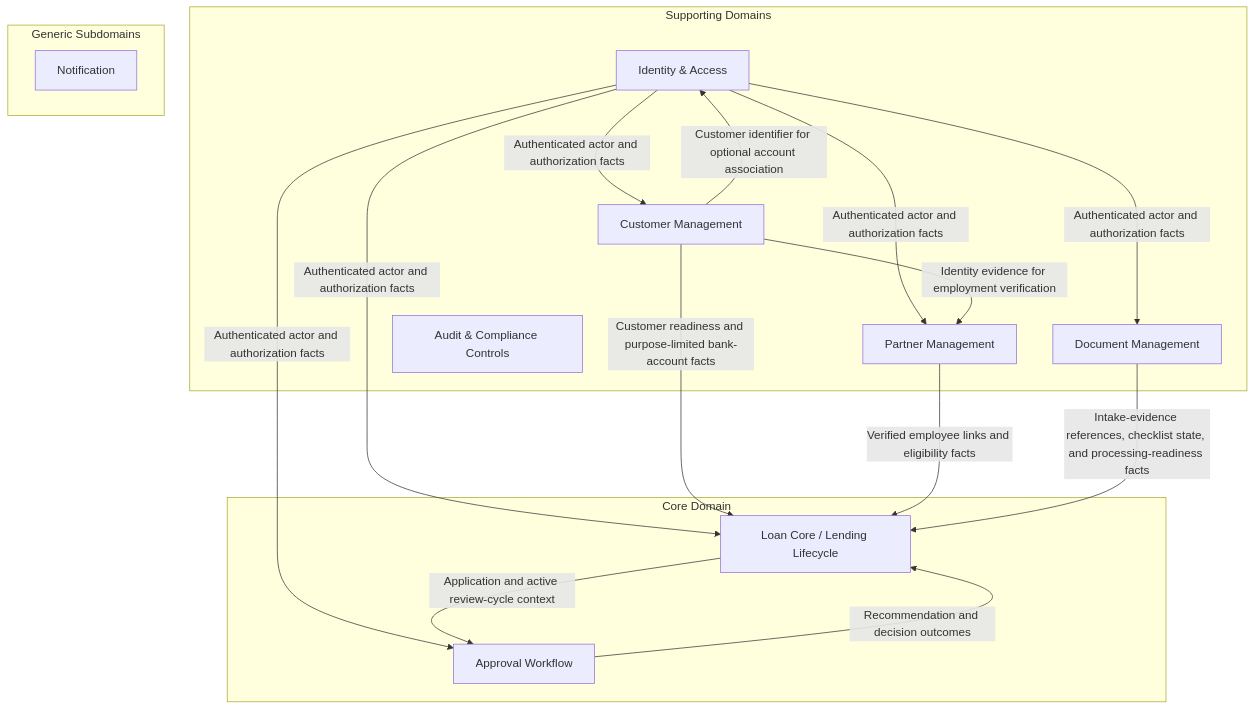
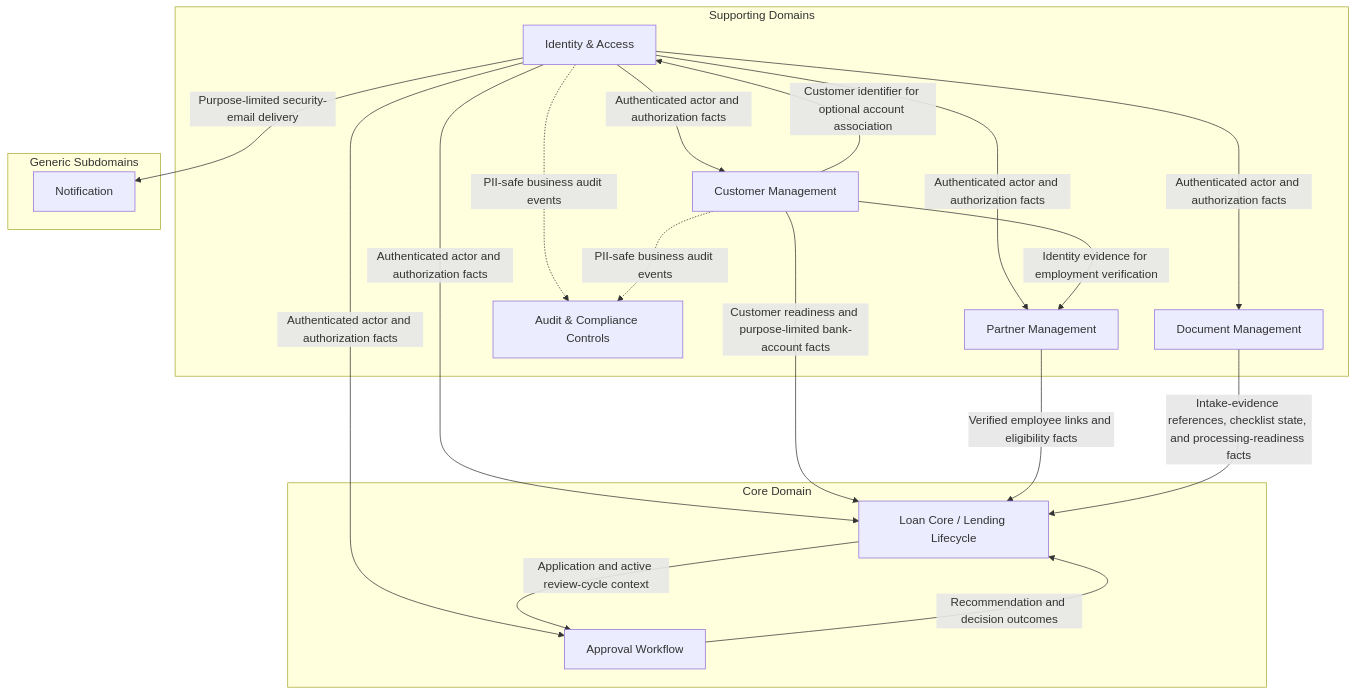
One commit to dongduy-dev/meridian-finance changed the diagram in docs/architecture/MER-ARCH-001-bounded-contexts.md. Above: the diagram before and after it, drawn with Mermaid. The commit also changed other lines of this file, not shown here.

Commit message:
docs(architecture): clarify context-map notification and audit flows (#187)

````diff
--- a/docs/architecture/MER-ARCH-001-bounded-contexts.md
+++ b/docs/architecture/MER-ARCH-001-bounded-contexts.md
@@ -17,35 +17,39 @@
 ```mermaid
 graph TB
     subgraph Core["Core Domain"]
         LOAN["Loan Core / Lending Lifecycle"]
         APPROVAL["Approval Workflow"]
     end
 
     subgraph Supporting["Supporting Domains"]
         IAM["Identity & Access"]
         CUSTOMER["Customer Management"]
         PARTNER["Partner Management"]
         DOC["Document Management"]
         AUDIT["Audit & Compliance Controls"]
     end
 
     subgraph Generic["Generic Subdomains"]
         NOTIF["Notification"]
     end
 
     CUSTOMER -->|Customer identifier for optional account association| IAM
 
     IAM -->|Authenticated actor and authorization facts| LOAN
     IAM -->|Authenticated actor and authorization facts| APPROVAL
     IAM -->|Authenticated actor and authorization facts| CUSTOMER
     IAM -->|Authenticated actor and authorization facts| PARTNER
     IAM -->|Authenticated actor and authorization facts| DOC
+    IAM -->|Purpose-limited security-email delivery| NOTIF
 
     CUSTOMER -->|Customer readiness and purpose-limited bank-account facts| LOAN
     CUSTOMER -->|Identity evidence for employment verification| PARTNER
     PARTNER -->|Verified employee links and eligibility facts| LOAN
     DOC -->|Intake-evidence references, checklist state, and processing-readiness facts| LOAN
 
     LOAN -->|Application and active review-cycle context| APPROVAL
     APPROVAL -->|Recommendation and decision outcomes| LOAN
+
+    IAM -.->|PII-safe business audit events| AUDIT
+    CUSTOMER -.->|PII-safe business audit events| AUDIT
 ```
````
